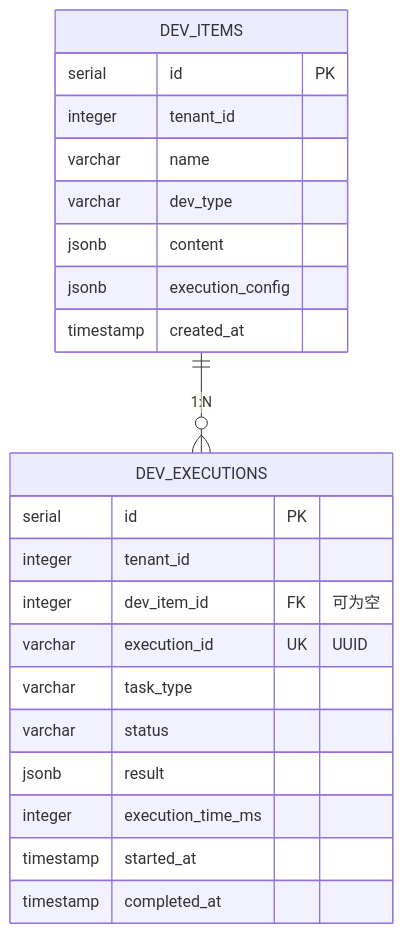
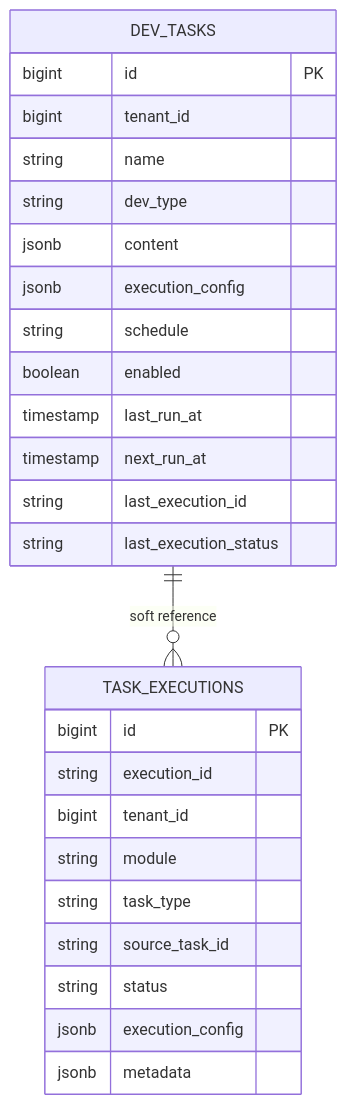
Before and after one commit to pampa0629/addp: the diagram in develop/frontend/docs/数据库架构.md, drawn with Mermaid. The commit also changed other lines of this file and 282 other files, not shown here.

````diff
--- a/develop/frontend/docs/数据库架构.md
+++ b/develop/frontend/docs/数据库架构.md
@@ -28,27 +16,31 @@
 ```mermaid
 erDiagram
-    DEV_ITEMS ||--o{ DEV_EXECUTIONS : "1:N"
-    
-    DEV_ITEMS {
-        serial id PK
-        integer tenant_id
-        varchar name
-        varchar dev_type
+    DEV_TASKS ||--o{ TASK_EXECUTIONS : "soft reference"
+
+    DEV_TASKS {
+        bigint id PK
+        bigint tenant_id
+        string name
+        string dev_type
         jsonb content
         jsonb execution_config
-        timestamp created_at
+        string schedule
+        boolean enabled
+        timestamp last_run_at
+        timestamp next_run_at
+        string last_execution_id
+        string last_execution_status
     }
-    
-    DEV_EXECUTIONS {
-        serial id PK
-        integer tenant_id
-        integer dev_item_id FK "可为空"
-        varchar execution_id UK "UUID"
-        varchar task_type
-        varchar status
-        jsonb result
-        integer execution_time_ms
-        timestamp started_at
-        timestamp completed_at
+
+    TASK_EXECUTIONS {
+        bigint id PK
+        string execution_id
+        bigint tenant_id
+        string module
+        string task_type
+        string source_task_id
+        string status
+        jsonb execution_config
+        jsonb metadata
     }
 ```
````
